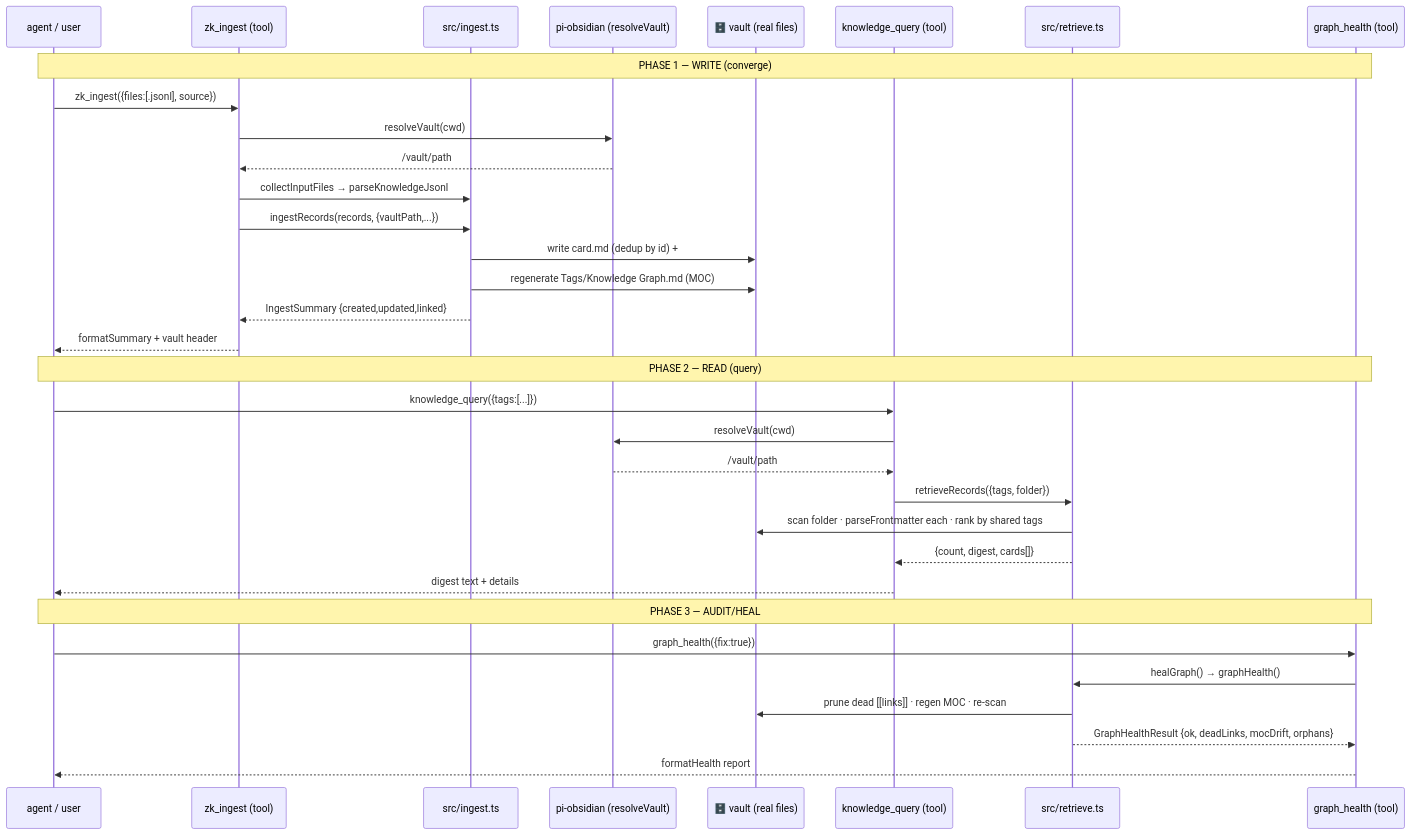
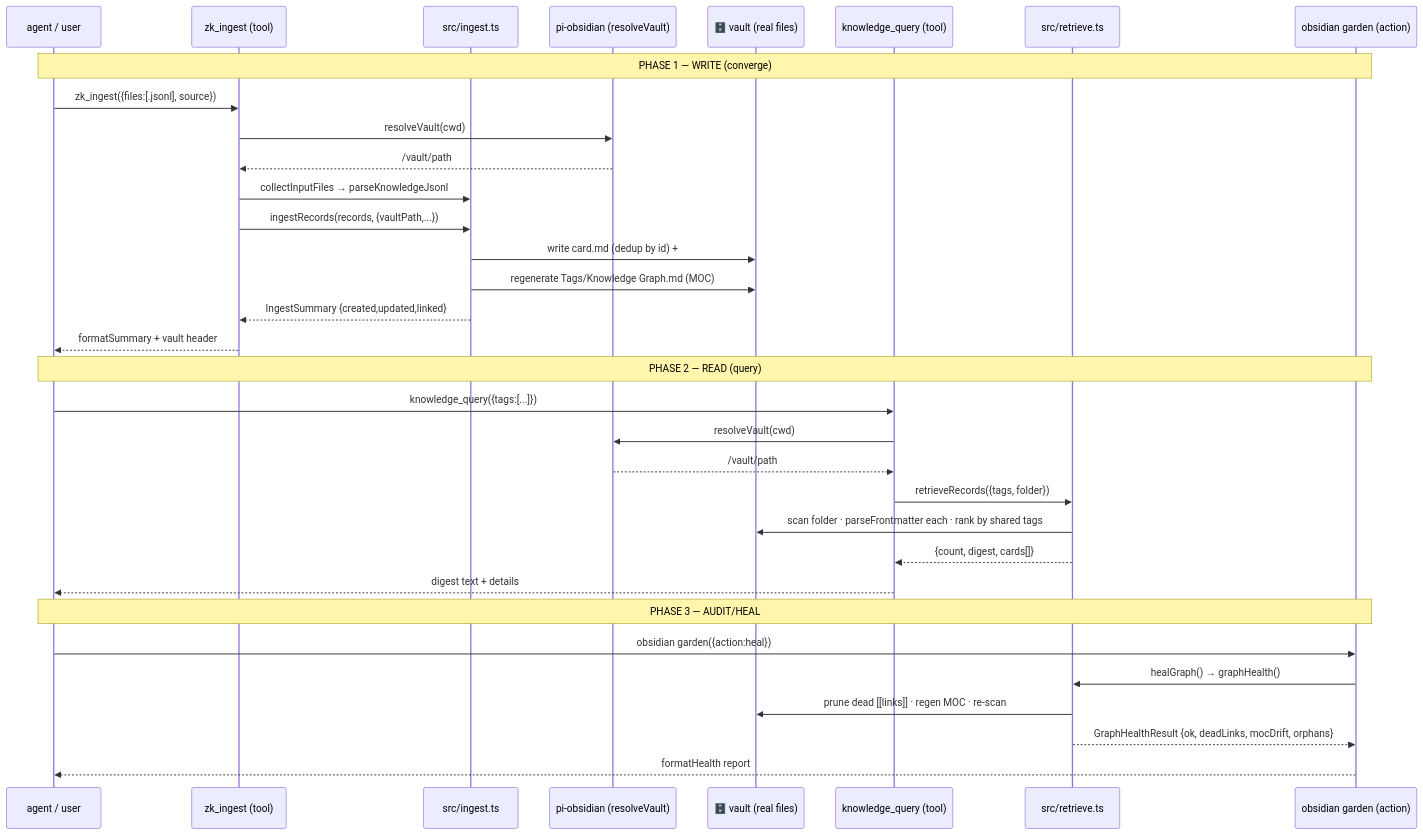
The fourth of 4 diagrams in bun-apps/pi-agent-ext-knowledge-card/docs/TOOL-ORCHESTRATION.md (ziyu4huang/video_generation), drawn with Mermaid before and after one commit. The commit also changed other lines of this file, not shown here.

First line of the commit message:
docs(knowledge-card): TOOL-ORCHESTRATION — 4-tool reality (R2, fix C2 drift)

````diff
--- a/bun-apps/pi-agent-ext-knowledge-card/docs/TOOL-ORCHESTRATION.md
+++ b/bun-apps/pi-agent-ext-knowledge-card/docs/TOOL-ORCHESTRATION.md
@@ -161,38 +162,38 @@
 ```mermaid
 sequenceDiagram
   participant U as agent / user
   participant ZI as zk_ingest (tool)
   participant L1 as src/ingest.ts
   participant OBS as pi-obsidian (resolveVault)
   participant V as 🗄️ vault (real files)
   participant KQ as knowledge_query (tool)
   participant L2 as src/retrieve.ts
-  participant GH as graph_health (tool)
+  participant GH as obsidian garden (action)
 
   Note over U,GH: PHASE 1 — WRITE (converge)
   U->>ZI: zk_ingest({files:[.jsonl], source})
   ZI->>OBS: resolveVault(cwd)
   OBS-->>ZI: /vault/path
   ZI->>L1: collectInputFiles → parseKnowledgeJsonl
   ZI->>L1: ingestRecords(records, {vaultPath,...})
   L1->>V: write card.md (dedup by id) + ## 連結 (tag edges)
   L1->>V: regenerate Tags/Knowledge Graph.md (MOC)
   L1-->>ZI: IngestSummary {created,updated,linked}
   ZI-->>U: formatSummary + vault header
 
   Note over U,GH: PHASE 2 — READ (query)
   U->>KQ: knowledge_query({tags:[...]})
   KQ->>OBS: resolveVault(cwd)
   OBS-->>KQ: /vault/path
   KQ->>L2: retrieveRecords({tags, folder})
   L2->>V: scan folder · parseFrontmatter each · rank by shared tags
   L2-->>KQ: {count, digest, cards[]}
   KQ-->>U: digest text + details
 
   Note over U,GH: PHASE 3 — AUDIT/HEAL
-  U->>GH: graph_health({fix:true})
+  U->>GH: obsidian garden({action:heal})
   GH->>L2: healGraph() → graphHealth()
   L2->>V: prune dead [[links]] · regen MOC · re-scan
   L2-->>GH: GraphHealthResult {ok, deadLinks, mocDrift, orphans}
   GH-->>U: formatHealth report
 ```
````
